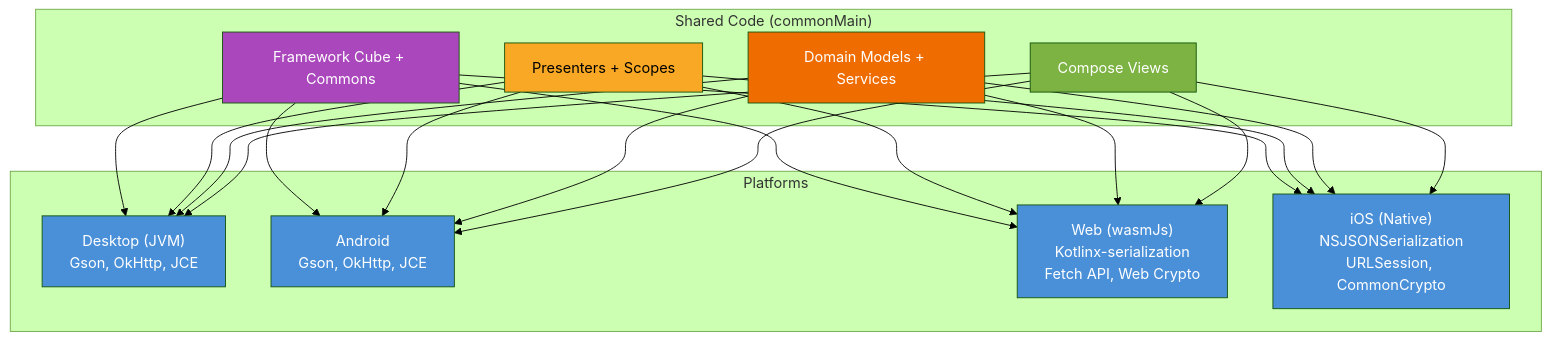
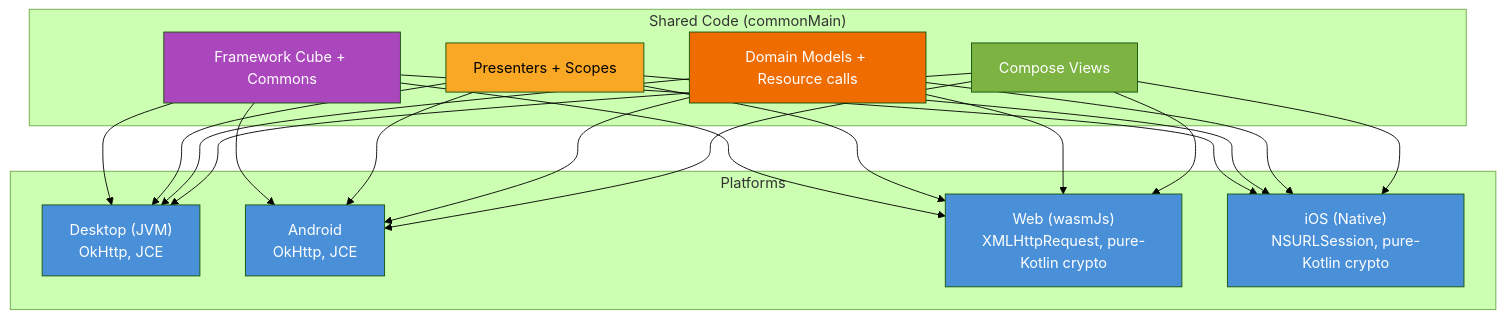
One commit to mrcdom/wdc-cube-kotlin changed the third of 10 diagrams in docs/architecture.md. Above: the diagram before and after it, drawn with Mermaid (forest theme). The commit also changed other lines of this file and 35 other files, not shown here.

````diff
--- a/docs/architecture.md
+++ b/docs/architecture.md
@@ -184,42 +186,42 @@
 ```mermaid
 graph TB
     subgraph "Shared Code (commonMain)"
         FW[Framework Cube + Commons]
         PRES[Presenters + Scopes]
-        DOM[Domain Models + Services]
+        DOM[Domain Models + Resource calls]
         VIEW[Compose Views]
     end
 
     subgraph "Platforms"
-        JVM["Desktop (JVM)<br/>Gson, OkHttp, JCE"]
-        AND["Android<br/>Gson, OkHttp, JCE"]
-        WASM["Web (wasmJs)<br/>Kotlinx-serialization<br/>Fetch API, Web Crypto"]
-        IOSN["iOS (Native)<br/>NSJSONSerialization<br/>URLSession, CommonCrypto"]
+        JVM["Desktop (JVM)<br/>OkHttp, JCE"]
+        AND["Android<br/>OkHttp, JCE"]
+        WASM["Web (wasmJs)<br/>XMLHttpRequest, pure-Kotlin crypto"]
+        IOSN["iOS (Native)<br/>NSURLSession, pure-Kotlin crypto"]
     end
 
     FW --> JVM
     FW --> AND
     FW --> WASM
     FW --> IOSN
     PRES --> JVM
     PRES --> AND
     PRES --> WASM
     PRES --> IOSN
     DOM --> JVM
     DOM --> AND
     DOM --> WASM
     DOM --> IOSN
     VIEW --> JVM
     VIEW --> AND
     VIEW --> WASM
     VIEW --> IOSN
 
     style FW fill:#ab47bc,color:#fff
     style PRES fill:#f9a825,color:#000
     style DOM fill:#ef6c00,color:#fff
     style VIEW fill:#7cb342,color:#fff
     style JVM fill:#4a90d9,color:#fff
     style AND fill:#4a90d9,color:#fff
     style WASM fill:#4a90d9,color:#fff
     style IOSN fill:#4a90d9,color:#fff
 ```
````
